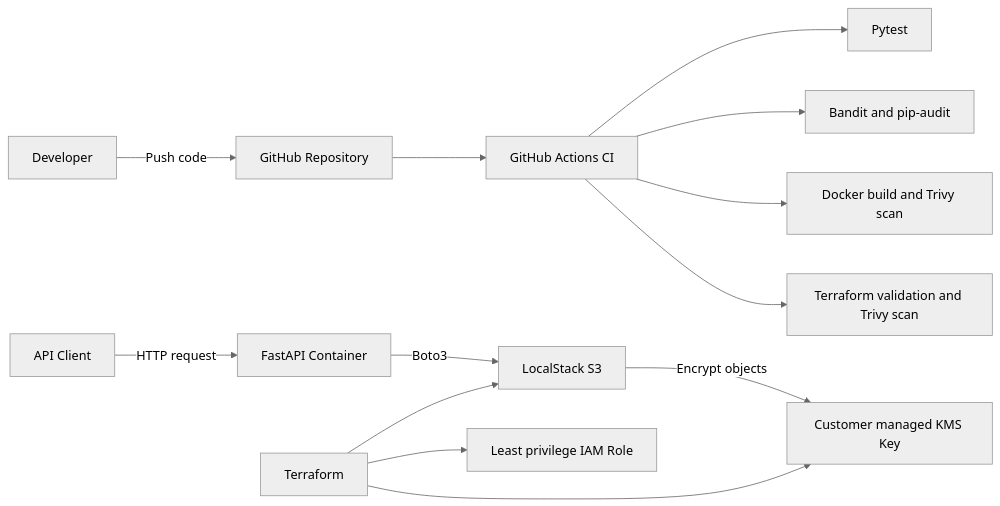
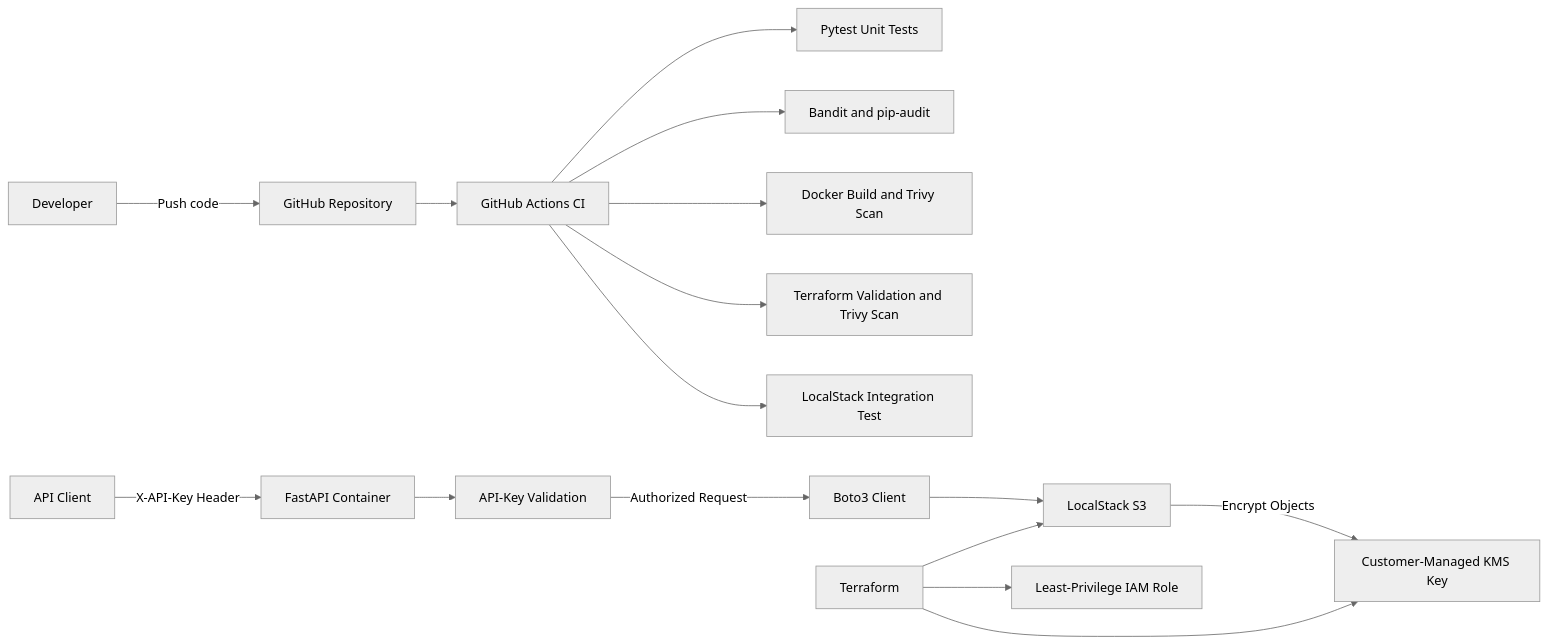
The diagram in README.md (abdulrahmancoding/secure-api-devsecops), drawn with Mermaid (neutral theme) before and after one commit. The commit also changed other lines of this file and 7 other files, not shown here.

Commit message:
Add API key authentication

````diff
--- a/README.md
+++ b/README.md
@@ -27,18 +33,21 @@
 ```mermaid
 flowchart LR
     Developer[Developer] -->|Push code| GitHub[GitHub Repository]
     GitHub --> CI[GitHub Actions CI]
 
-    CI --> Tests[Pytest]
+    CI --> Tests[Pytest Unit Tests]
     CI --> CodeScan[Bandit and pip-audit]
-    CI --> ImageScan[Docker build and Trivy scan]
-    CI --> IaCScan[Terraform validation and Trivy scan]
+    CI --> ImageScan[Docker Build and Trivy Scan]
+    CI --> IaCScan[Terraform Validation and Trivy Scan]
+    CI --> IntegrationTest[LocalStack Integration Test]
 
-    Client[API Client] -->|HTTP request| API[FastAPI Container]
-    API -->|Boto3| S3[LocalStack S3]
-    S3 -->|Encrypt objects| KMS[Customer managed KMS Key]
+    Client[API Client] -->|X-API-Key Header| API[FastAPI Container]
+    API --> Auth[API-Key Validation]
+    Auth -->|Authorized Request| Boto3[Boto3 Client]
+    Boto3 --> S3[LocalStack S3]
+    S3 -->|Encrypt Objects| KMS[Customer-Managed KMS Key]
 
     Terraform[Terraform] --> S3
     Terraform --> KMS
-    Terraform --> IAM[Least privilege IAM Role]
+    Terraform --> IAM[Least-Privilege IAM Role]
 ```
````
